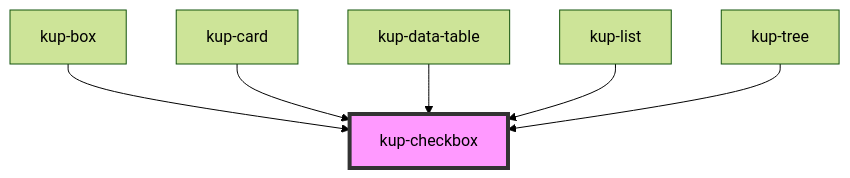
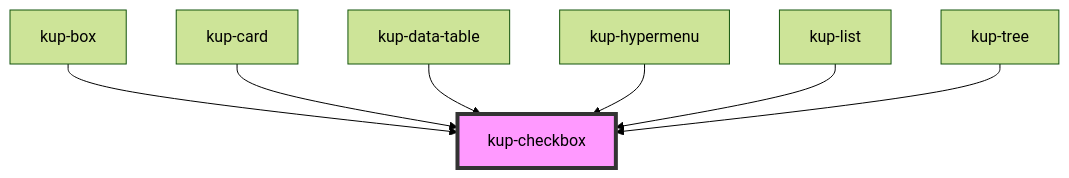
The diagram in packages/ketchup/src/components/kup-checkbox/readme.md (smeup/ketch.up), drawn with Mermaid (forest theme) before and after one commit. The commit also changed other lines of this file and 25 other files, not shown here.

````diff
--- a/packages/ketchup/src/components/kup-checkbox/readme.md
+++ b/packages/ketchup/src/components/kup-checkbox/readme.md
@@ -76,9 +77,10 @@
 ```mermaid
 graph TD;
   kup-box --> kup-checkbox
   kup-card --> kup-checkbox
   kup-data-table --> kup-checkbox
+  kup-hypermenu --> kup-checkbox
   kup-list --> kup-checkbox
   kup-tree --> kup-checkbox
   style kup-checkbox fill:#f9f,stroke:#333,stroke-width:4px
 ```
````
